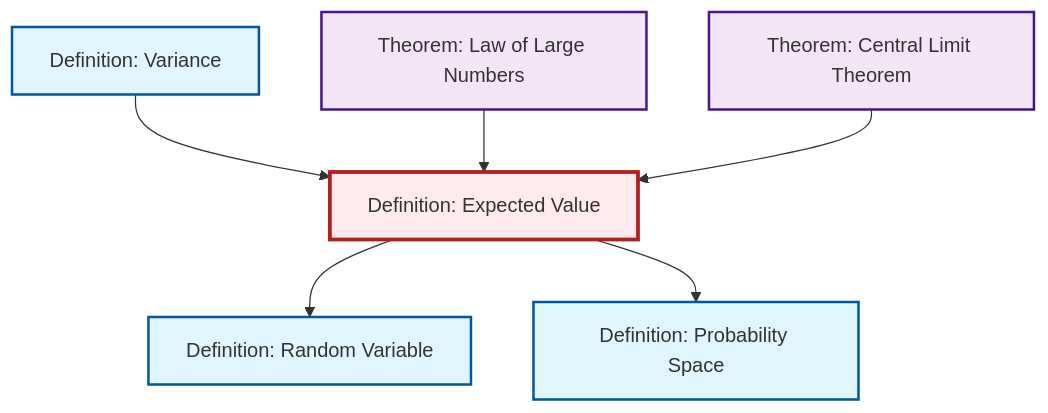
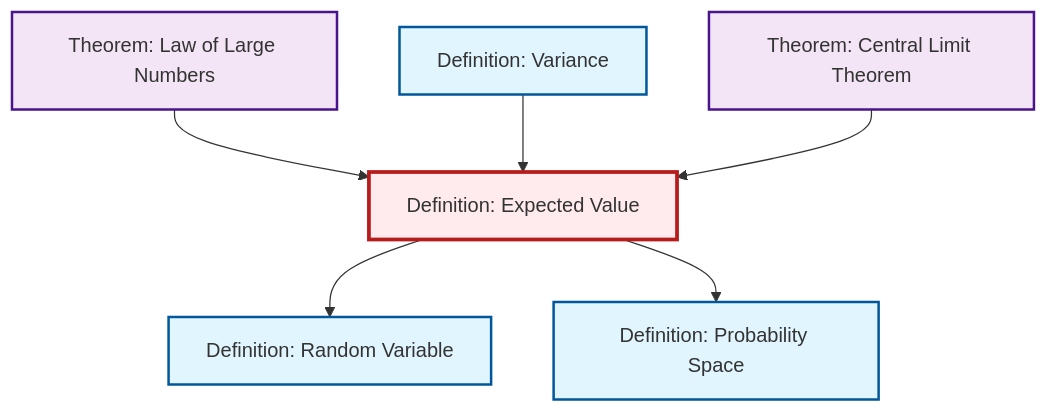
One commit to RK0429/ModernMath changed the second of 2 diagrams in content/ja/probability-statistics/def-expectation.qmd. Above: the diagram before and after it, drawn with Mermaid. The commit also changed other lines of this file and 531 other files, not shown here.

````diff
--- a/content/ja/probability-statistics/def-expectation.qmd
+++ b/content/ja/probability-statistics/def-expectation.qmd
@@ -88,26 +88,26 @@
 ```{mermaid}
 %%| fig-cap: "Local dependency graph"
 graph TD
     classDef definition fill:#e1f5fe,stroke:#01579b,stroke-width:2px
     classDef theorem fill:#f3e5f5,stroke:#4a148c,stroke-width:2px
     classDef axiom fill:#fff3e0,stroke:#e65100,stroke-width:2px
     classDef example fill:#e8f5e9,stroke:#1b5e20,stroke-width:2px
     classDef current fill:#ffebee,stroke:#b71c1c,stroke-width:3px
     def-random-variable["Definition: Random Variable"]:::definition
     def-expectation["Definition: Expected Value"]:::definition
+    thm-law-of-large-numbers["Theorem: Law of Large Numbers"]:::theorem
+    def-probability-space["Definition: Probability Space"]:::definition
     thm-central-limit["Theorem: Central Limit Theorem"]:::theorem
     def-variance["Definition: Variance"]:::definition
-    thm-law-of-large-numbers["Theorem: Law of Large Numbers"]:::theorem
-    def-probability-space["Definition: Probability Space"]:::definition
+    thm-law-of-large-numbers --> def-expectation
+    def-expectation --> def-random-variable
+    def-expectation --> def-probability-space
     def-variance --> def-expectation
-    def-expectation --> def-random-variable
-    thm-law-of-large-numbers --> def-expectation
     thm-central-limit --> def-expectation
-    def-expectation --> def-probability-space
     class def-expectation current
     click def-random-variable "def-random-variable.html" "Definition: Random Variableへ"
+    click thm-law-of-large-numbers "thm-law-of-large-numbers.html" "Theorem: Law of Large Numbersへ"
+    click def-probability-space "def-probability-space.html" "Definition: Probability Spaceへ"
     click thm-central-limit "thm-central-limit.html" "Theorem: Central Limit Theoremへ"
     click def-variance "def-variance.html" "Definition: Varianceへ"
-    click thm-law-of-large-numbers "thm-law-of-large-numbers.html" "Theorem: Law of Large Numbersへ"
-    click def-probability-space "def-probability-space.html" "Definition: Probability Spaceへ"
 ```
````
